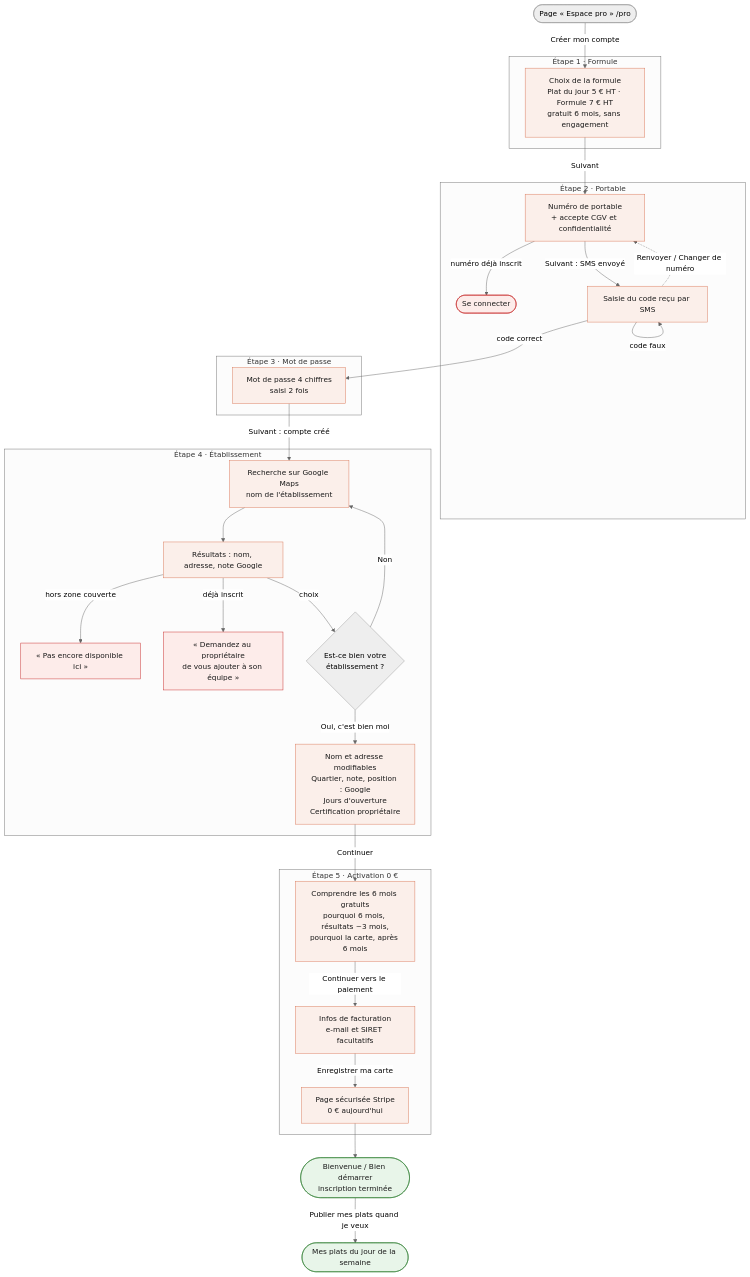
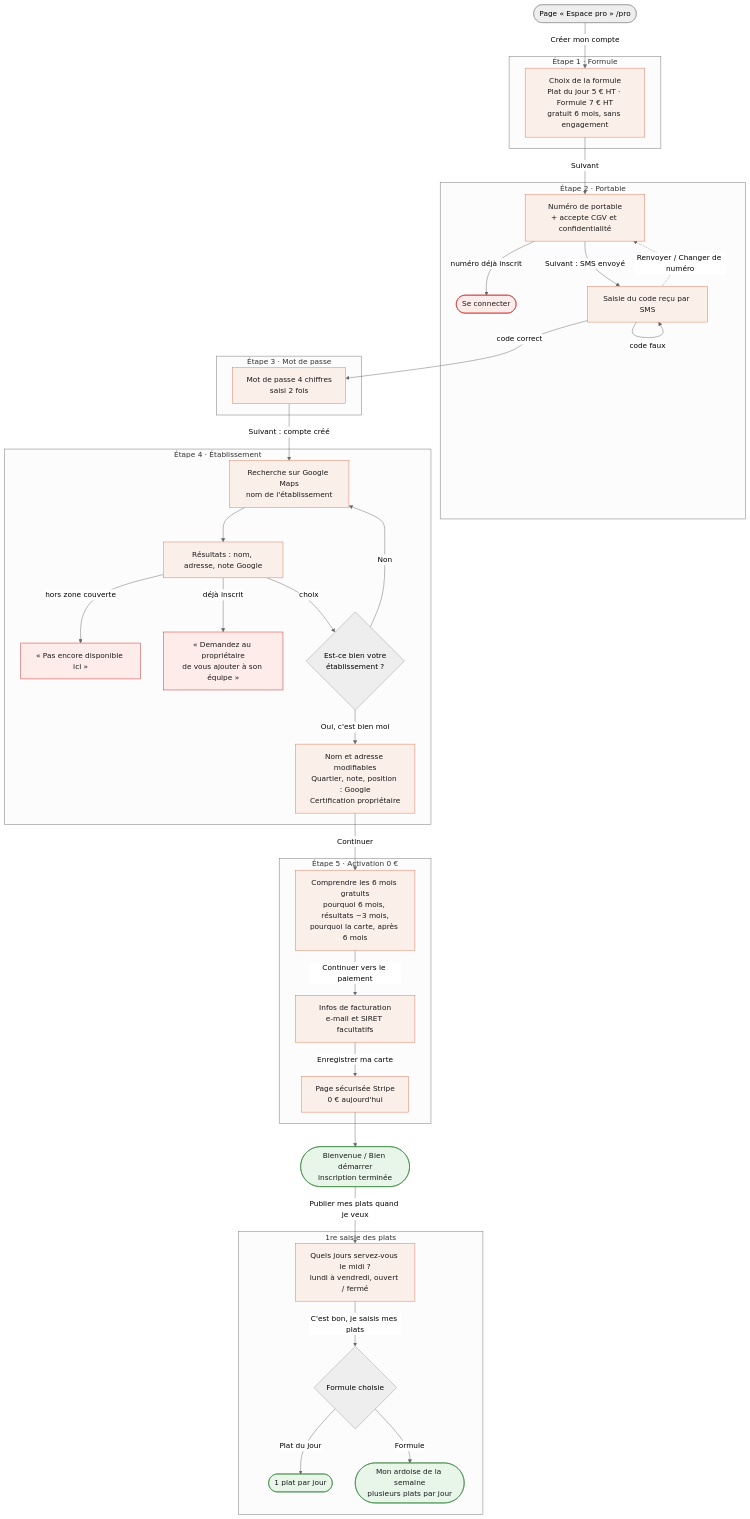
The diagram in docs/tunnel-inscription-pro.md (conseilsetactions/plats-du-jour), drawn with Mermaid (neutral theme) before and after one commit. The commit also changed other lines of this file and 4 other files, not shown here.

First line of the commit message:
Jours d'ouverture demandés à la 1re saisie des plats ; page de saisie de la Formule

````diff
--- a/docs/tunnel-inscription-pro.md
+++ b/docs/tunnel-inscription-pro.md
@@ -5,54 +5,62 @@
 ```mermaid
 flowchart TD
     A([Page « Espace pro » /pro]) -->|Créer mon compte| F
 
     subgraph E1 [Étape 1 · Formule]
         F[Choix de la formule<br/>Plat du jour 5 € HT · Formule 7 € HT<br/>gratuit 6 mois, sans engagement]
     end
 
     F -->|Suivant| P
 
     subgraph E2 [Étape 2 · Portable]
         P[Numéro de portable<br/>+ accepte CGV et confidentialité]
         P -->|numéro déjà inscrit| X1([Se connecter])
         P -->|Suivant : SMS envoyé| C[Saisie du code reçu par SMS]
         C -->|code faux| C
         C -.->|Renvoyer / Changer de numéro| P
     end
 
     C -->|code correct| M
 
     subgraph E3 [Étape 3 · Mot de passe]
         M[Mot de passe 4 chiffres<br/>saisi 2 fois]
     end
 
     M -->|Suivant : compte créé| S
 
     subgraph E4 [Étape 4 · Établissement]
         S[Recherche sur Google Maps<br/>nom de l'établissement]
         S --> R[Résultats : nom, adresse, note Google]
         R -->|hors zone couverte| X2[« Pas encore disponible ici »]
         R -->|déjà inscrit| X3[« Demandez au propriétaire<br/>de vous ajouter à son équipe »]
         R -->|choix| Q{Est-ce bien votre<br/>établissement ?}
         Q -->|Non| S
-        Q -->|Oui, c'est bien moi| D[Nom et adresse modifiables<br/>Quartier, note, position : Google<br/>Jours d'ouverture<br/>Certification propriétaire]
+        Q -->|Oui, c'est bien moi| D[Nom et adresse modifiables<br/>Quartier, note, position : Google<br/>Certification propriétaire]
     end
 
     D -->|Continuer| I
 
     subgraph E5 [Étape 5 · Activation 0 €]
         I[Comprendre les 6 mois gratuits<br/>pourquoi 6 mois, résultats ~3 mois,<br/>pourquoi la carte, après 6 mois]
         I -->|Continuer vers le paiement| B[Infos de facturation<br/>e-mail et SIRET facultatifs]
         B -->|Enregistrer ma carte| ST[Page sécurisée Stripe<br/>0 € aujourd'hui]
     end
 
     ST --> W([Bienvenue / Bien démarrer<br/>inscription terminée])
-    W -->|Publier mes plats quand je veux| PL([Mes plats du jour de la semaine])
+    W -->|Publier mes plats quand je veux| OD
+
+    subgraph S1 [1re saisie des plats]
+        OD[Quels jours servez-vous le midi ?<br/>lundi à vendredi, ouvert / fermé]
+        OD -->|C'est bon, je saisis mes plats| PL{Formule choisie}
+        PL -->|Plat du jour| P1([1 plat par jour])
+        PL -->|Formule| P2([Mon ardoise de la semaine<br/>plusieurs plats par jour])
+    end
 
     classDef step fill:#fbefea,stroke:#d97757,color:#1a1a1a
     classDef stop fill:#fdecea,stroke:#c62828,color:#1a1a1a
     classDef ok fill:#e8f5e9,stroke:#2e7d32,color:#1a1a1a
     class F,P,C,M,S,R,D,I,B,ST step
     class X1,X2,X3 stop
-    class W,PL ok
+    class OD step
+    class W,P1,P2 ok
 ```
````
